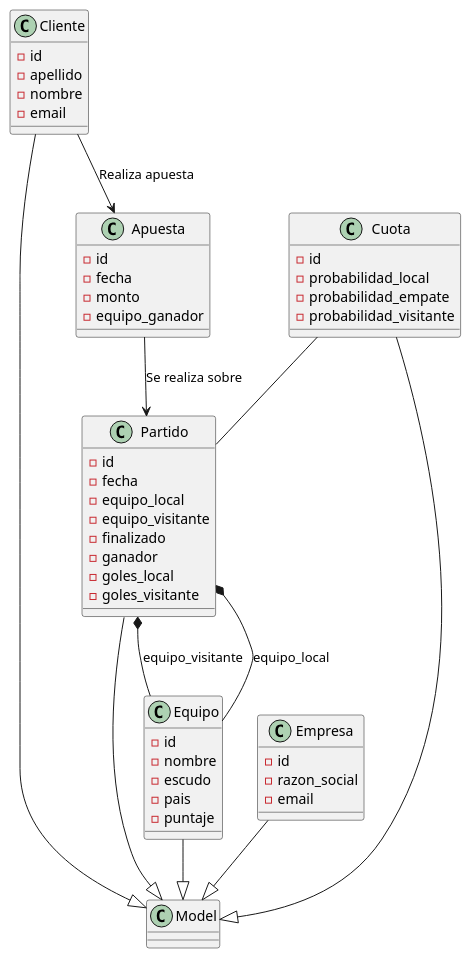
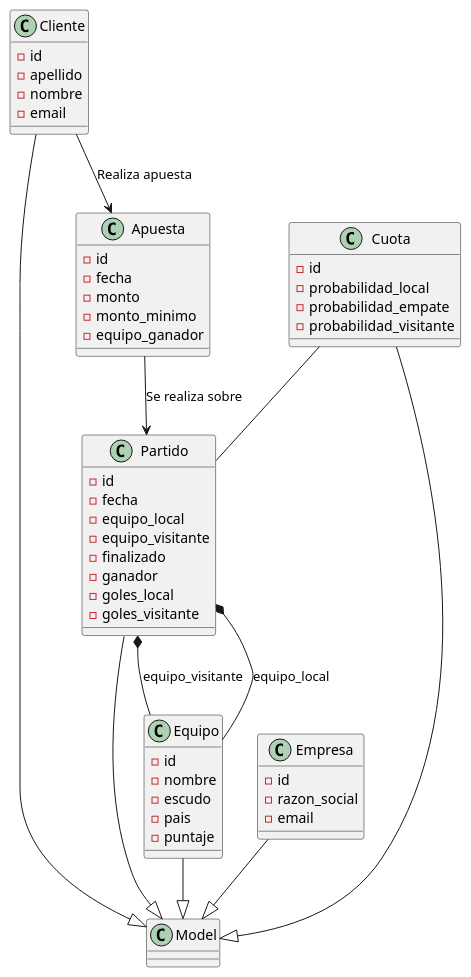
The diagram in docs/diagrama_de_clases.puml (JulianNavarrete/Bookmaker-DS), drawn with PlantUML before and after one commit. The commit also changed 34 other files, not shown here.

```diff
--- a/docs/diagrama_de_clases.puml
+++ b/docs/diagrama_de_clases.puml
@@ -1,60 +1,63 @@
 @startuml:
 class Cliente {
     - id
     - apellido
     - nombre 
     - email
 }
 
 class Empresa {
     - id
     - razon_social
     - email
 }
 
 class Equipo {
     - id
     - nombre
     - escudo
     - pais
     - puntaje
 }
 
 
 class Apuesta {
     - id
     - fecha
     - monto
+    - monto_minimo
     - equipo_ganador
 }
 
 class Cuota {
     - id
     - probabilidad_local
     - probabilidad_empate
     - probabilidad_visitante
 }
 
 class Partido {
     - id
     - fecha
     - equipo_local
     - equipo_visitante
     - finalizado
     - ganador
     - goles_local
     - goles_visitante
 }
 
 Partido *-- Equipo: equipo_local
 Partido *-- Equipo: equipo_visitante
+
 Cliente --> Apuesta: Realiza apuesta
 Cliente --|> Model
 Empresa --|> Model
 Equipo --|> Model
 Partido --|> Model
+
 Cuota -- Partido
 Apuesta --> Partido: Se realiza sobre
 Cuota --|> Model
 
 @enduml
```
